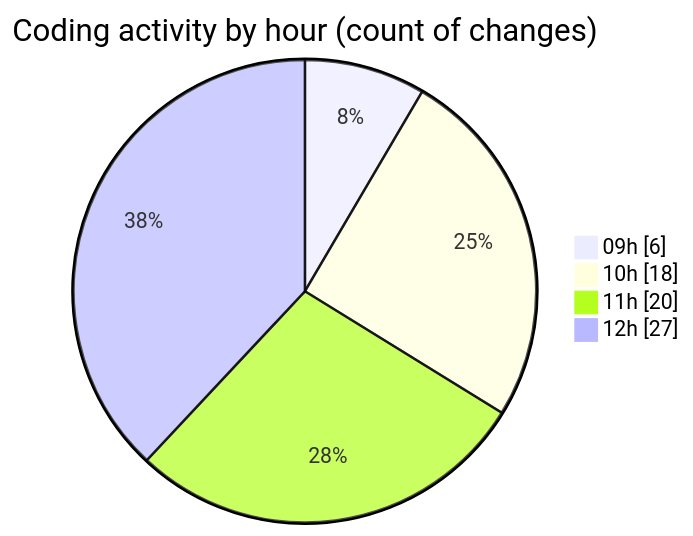
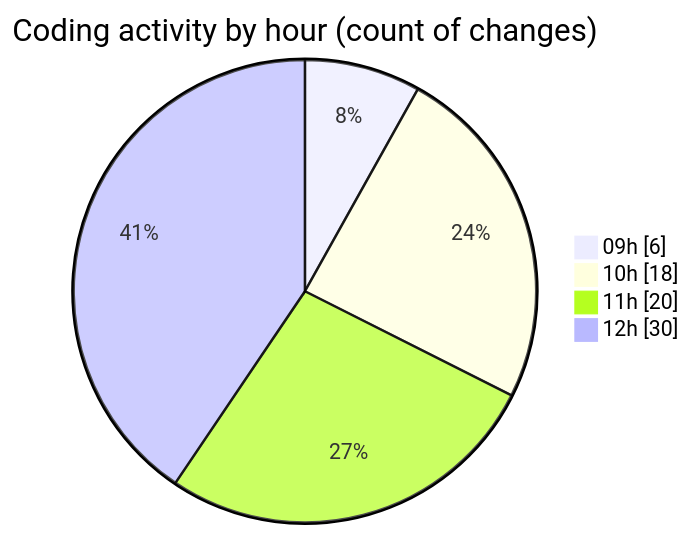
Before and after one commit to momahboobian/code-tracking: the second of 2 diagrams in 2025-06-20/cda/README.md, drawn with Mermaid. The commit also changed other lines of this file and 1 other file, not shown here.

````diff
--- a/2025-06-20/cda/README.md
+++ b/2025-06-20/cda/README.md
@@ -50,8 +50,8 @@
 ```mermaid
 pie showData
 title Coding activity by hour (count of changes)
 "09h" : 6
 "10h" : 18
 "11h" : 20
-"12h" : 27
+"12h" : 30
 ```
````
